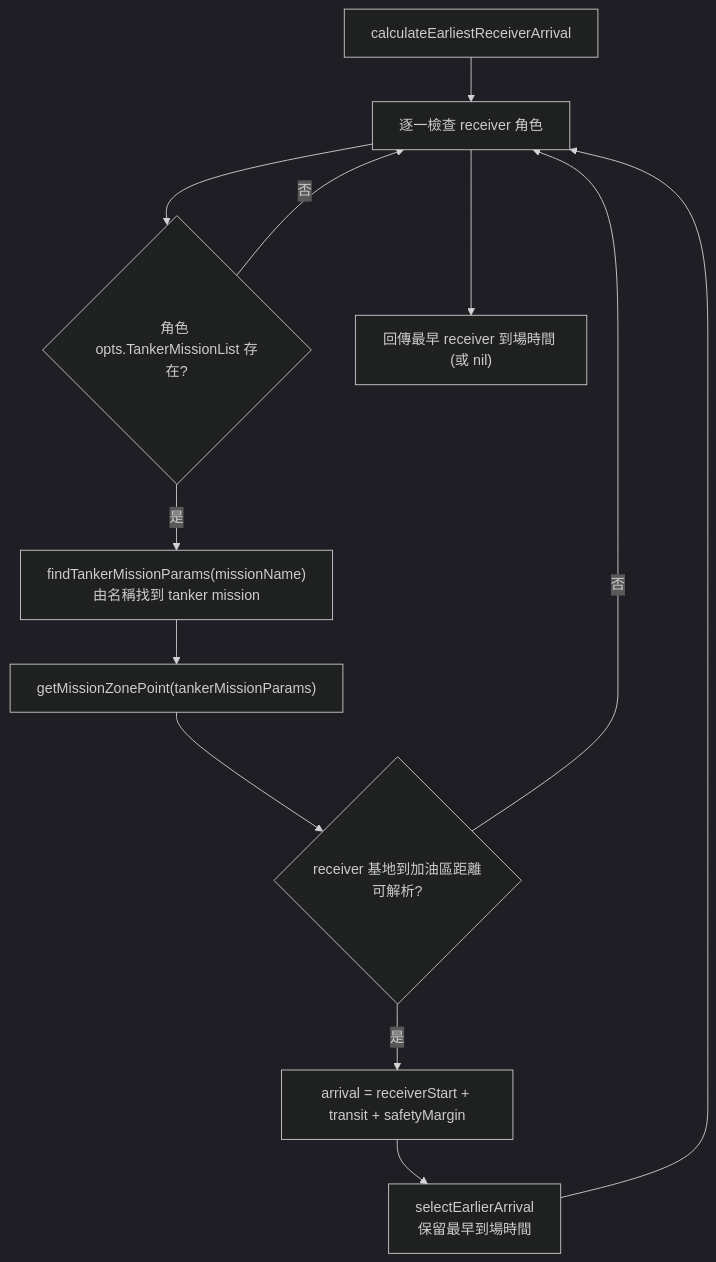
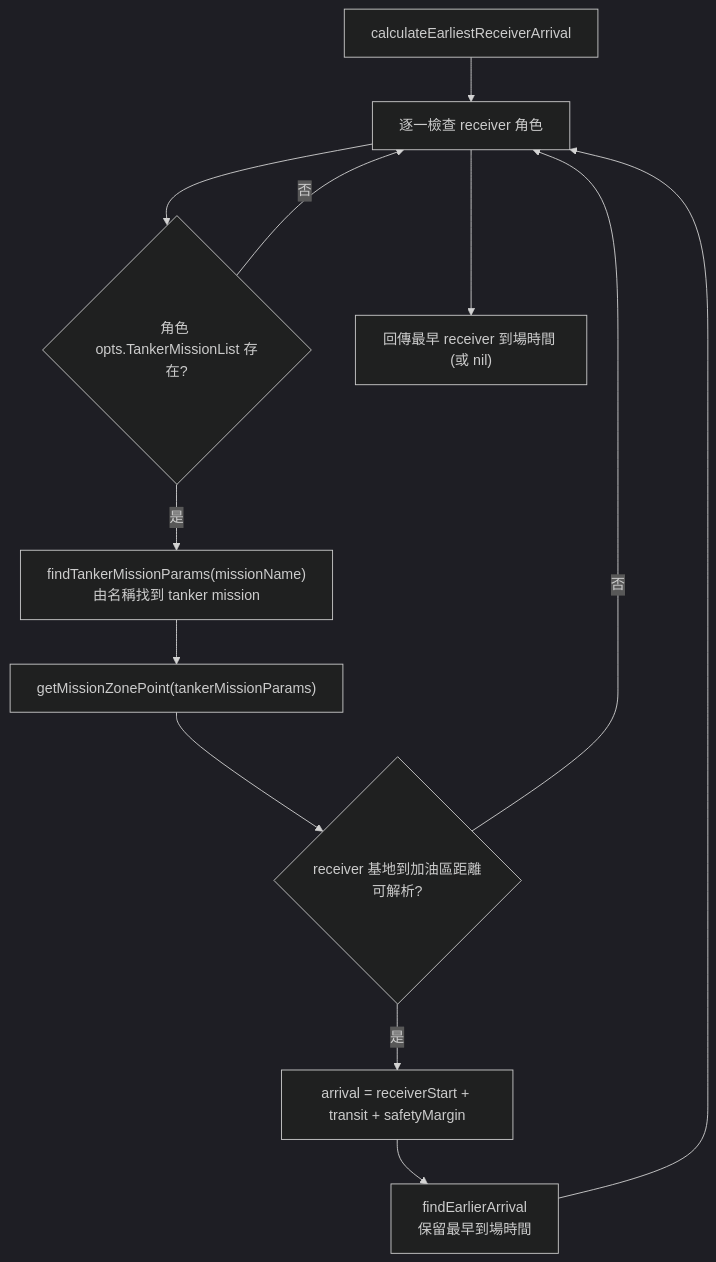
The second of 2 diagrams in docs/strikePlanner/packageTiming.md (pullupjumper/formosa-in-flames), drawn with Mermaid (dark theme) before and after one commit. The commit also changed other lines of this file and 93 other files, not shown here.

````diff
--- a/docs/strikePlanner/packageTiming.md
+++ b/docs/strikePlanner/packageTiming.md
@@ -109,19 +109,19 @@
 ```mermaid
 flowchart TD
     START["calculateEarliestReceiverArrival"]
     ROLE["逐一檢查 receiver 角色"]
     LIST{"角色 opts.TankerMissionList 存在?"}
     FIND["findTankerMissionParams(missionName)<br/>由名稱找到 tanker mission"]
     ZONE["getMissionZonePoint(tankerMissionParams)"]
     DIST{"receiver 基地到加油區距離可解析?"}
     ARR["arrival = receiverStart + transit + safetyMargin"]
-    EARLIER["selectEarlierArrival<br/>保留最早到場時間"]
+    EARLIER["findEarlierArrival<br/>保留最早到場時間"]
     OUT["回傳最早 receiver 到場時間 (或 nil)"]
 
     START --> ROLE --> LIST
     LIST -->|否| ROLE
     LIST -->|是| FIND --> ZONE --> DIST
     DIST -->|否| ROLE
     DIST -->|是| ARR --> EARLIER --> ROLE
     ROLE --> OUT
 ```
````
